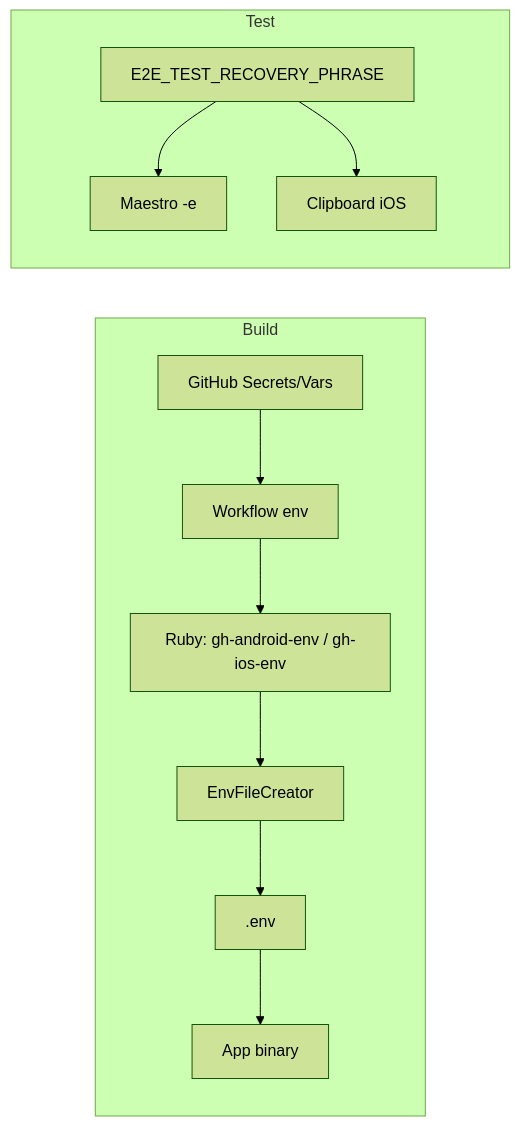
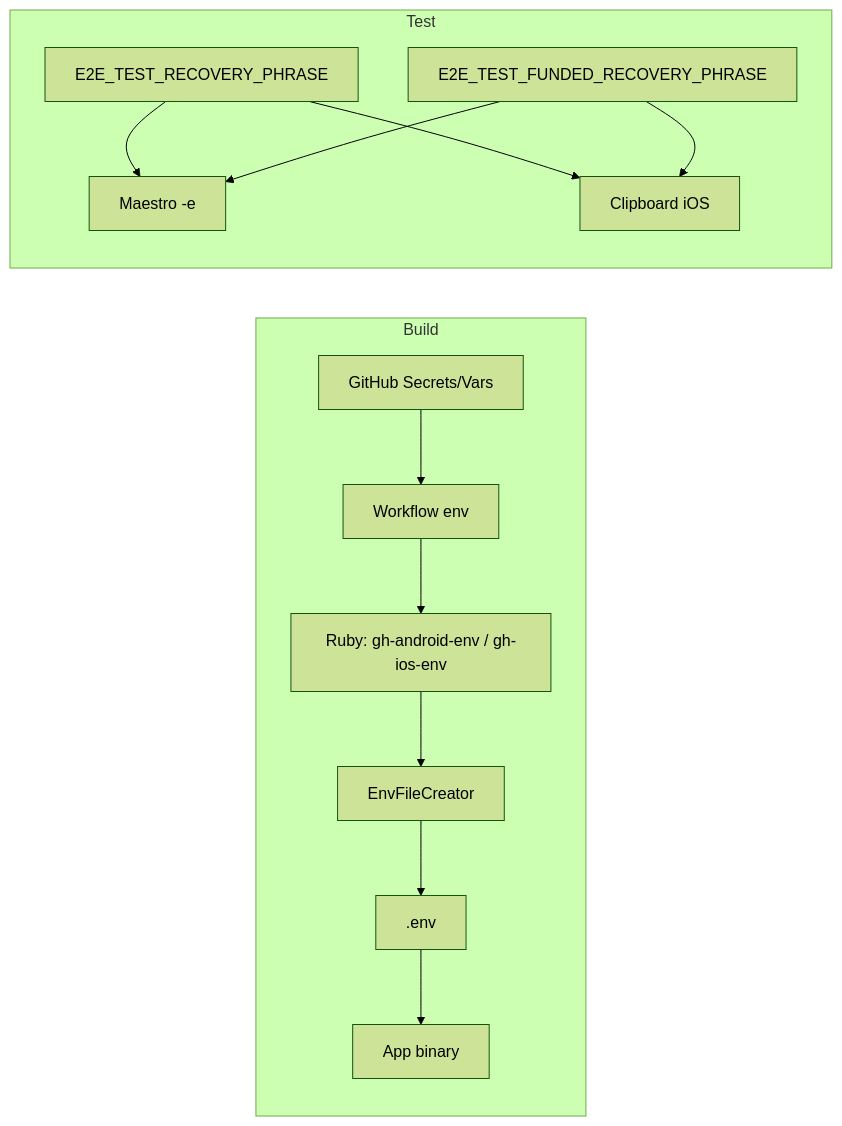
Before and after one commit to stellar/freighter-mobile: the diagram in e2e/docs/local-setup-and-env.md, drawn with Mermaid (forest theme). The commit also changed other lines of this file and 77 other files, not shown here.

````diff
--- a/e2e/docs/local-setup-and-env.md
+++ b/e2e/docs/local-setup-and-env.md
@@ -35,14 +43,16 @@
 ```mermaid
 flowchart LR
   subgraph Build
     GH[GitHub Secrets/Vars] --> ENV[Workflow env]
     ENV --> RF[Ruby: gh-android-env / gh-ios-env]
     RF --> EC[EnvFileCreator]
     EC --> ENVFILE[.env]
     ENVFILE --> BINARY[App binary]
   end
   subgraph Test
     E2E_SECRET[E2E_TEST_RECOVERY_PHRASE] --> MAESTRO[Maestro -e]
     E2E_SECRET --> CLIP[Clipboard iOS]
+    E2E_FUNDED[E2E_TEST_FUNDED_RECOVERY_PHRASE] --> MAESTRO
+    E2E_FUNDED --> CLIP
   end
 ```
````
